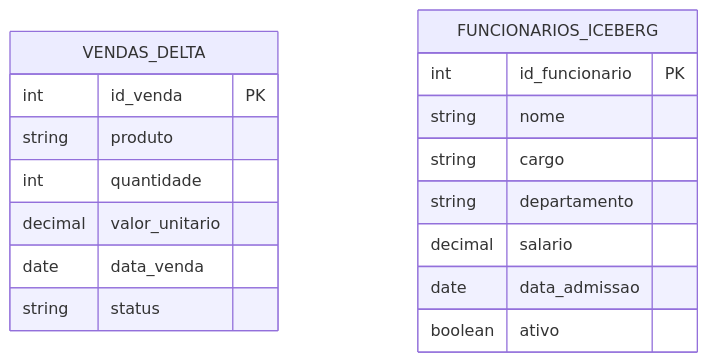
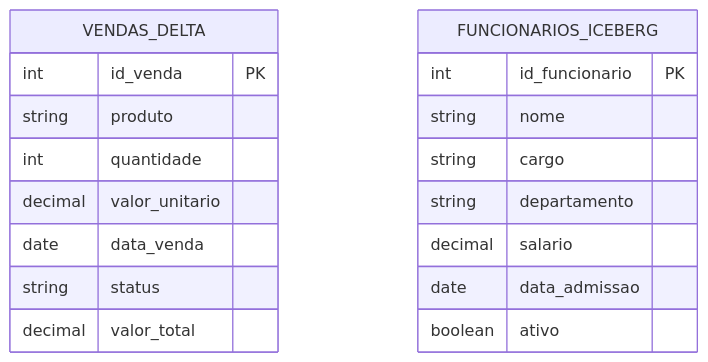
Before and after one commit to taylorteixeira/APACHE-SPARK-COM-DELTA-LAKE-E-APACHE-ICEBERG: the first of 3 diagrams in docs/data-model/er-diagram.md, drawn with Mermaid. The commit also changed other lines of this file and 8 other files, not shown here.

````diff
--- a/docs/data-model/er-diagram.md
+++ b/docs/data-model/er-diagram.md
@@ -9,21 +9,22 @@
 ```mermaid
 erDiagram
     VENDAS_DELTA {
         int id_venda PK
         string produto
         int quantidade
         decimal valor_unitario
         date data_venda
         string status
+        decimal valor_total
     }
     
     FUNCIONARIOS_ICEBERG {
         int id_funcionario PK
         string nome
         string cargo
         string departamento
         decimal salario
         date data_admissao
         boolean ativo
     }
 ```
````
